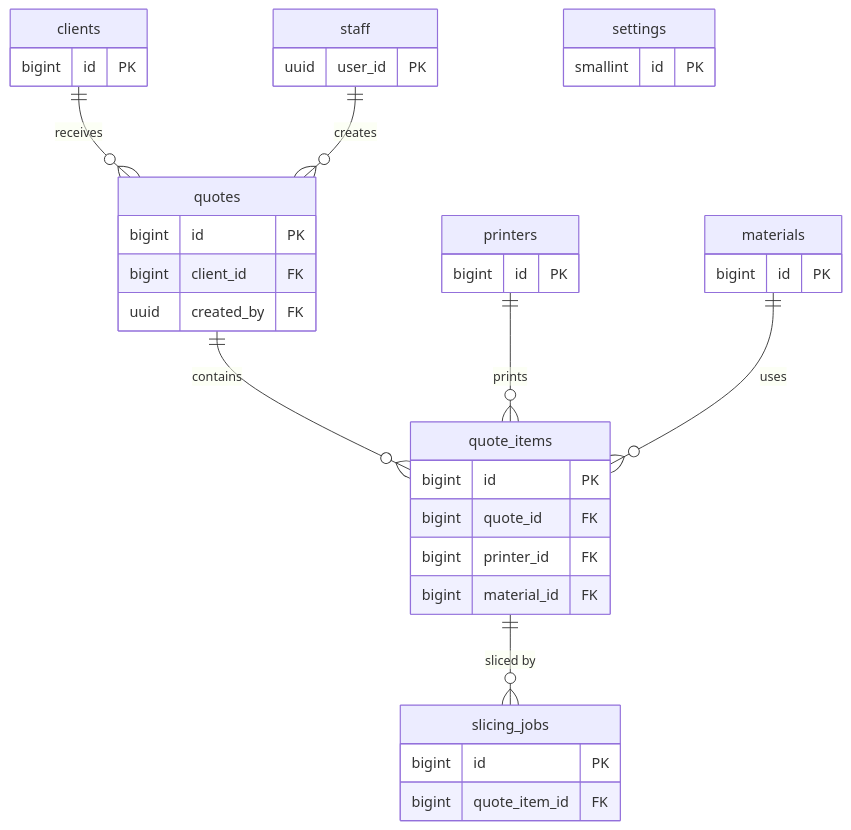
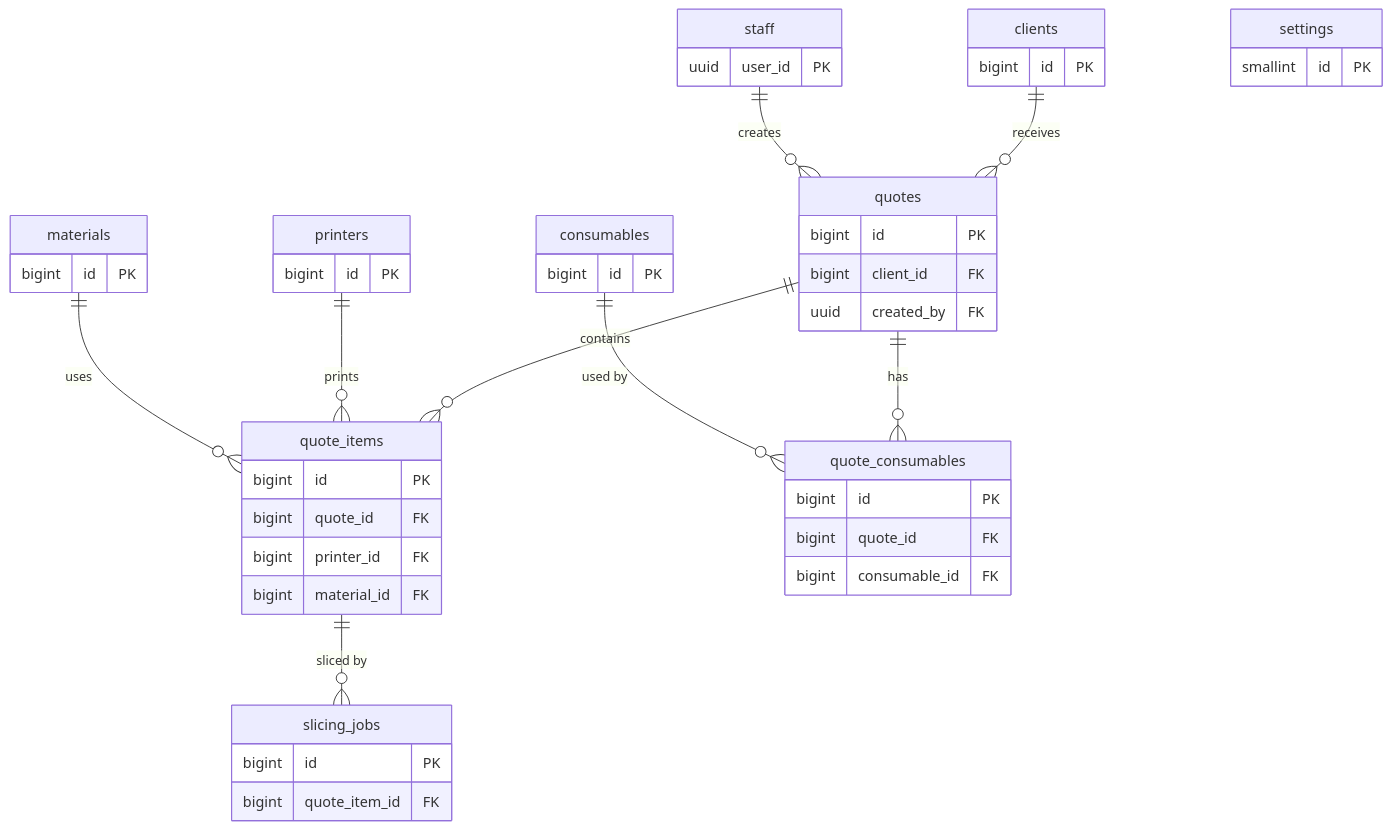
Before and after one commit to AleTornesello/3D-Quote: the diagram in docs/supabase/data-model.md, drawn with Mermaid. The commit also changed other lines of this file and 3 other files, not shown here.

````diff
--- a/docs/supabase/data-model.md
+++ b/docs/supabase/data-model.md
@@ -8,40 +8,50 @@
 ```mermaid
 erDiagram
     clients ||--o{ quotes : "receives"
     quotes ||--o{ quote_items : "contains"
     printers ||--o{ quote_items : "prints"
     materials ||--o{ quote_items : "uses"
     quote_items ||--o{ slicing_jobs : "sliced by"
+    quotes ||--o{ quote_consumables : "has"
+    consumables ||--o{ quote_consumables : "used by"
     staff ||--o{ quotes : "creates"
     settings {
         smallint id PK
     }
 
     staff {
         uuid user_id PK
     }
     clients {
         bigint id PK
     }
     printers {
         bigint id PK
     }
     materials {
         bigint id PK
     }
+    consumables {
+        bigint id PK
+    }
+    quote_consumables {
+        bigint id PK
+        bigint quote_id FK
+        bigint consumable_id FK
+    }
     quotes {
         bigint id PK
         bigint client_id FK
         uuid created_by FK
     }
     quote_items {
         bigint id PK
         bigint quote_id FK
         bigint printer_id FK
         bigint material_id FK
     }
     slicing_jobs {
         bigint id PK
         bigint quote_item_id FK
     }
 ```
````
